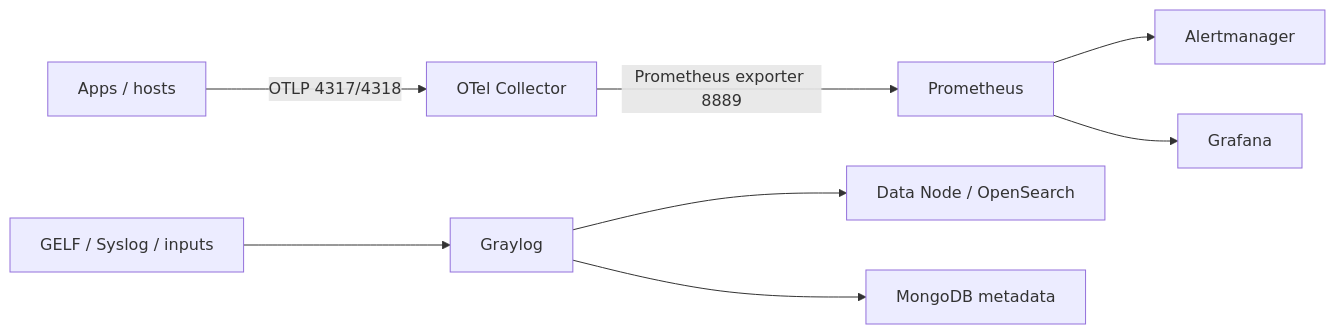
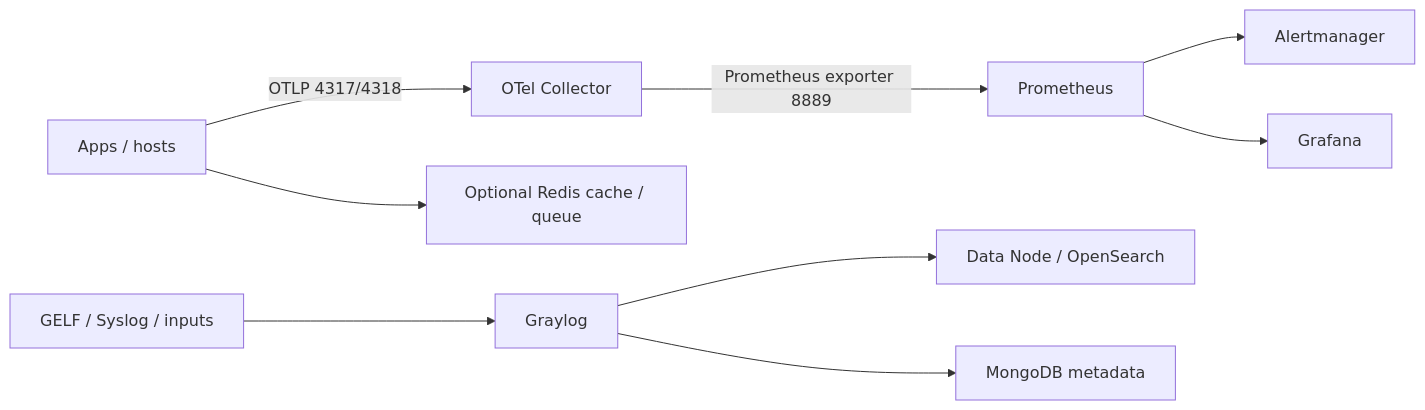
Before and after one commit to Yunushan/observeweaver: the second of 2 diagrams in README.md, drawn with Mermaid. The commit also changed other lines of this file and 38 other files, not shown here.

````diff
--- a/README.md
+++ b/README.md
@@ -199,10 +205,11 @@
 ```mermaid
 flowchart LR
     Apps["Apps / hosts"] -->|OTLP 4317/4318| OTel["OTel Collector"]
     OTel -->|Prometheus exporter 8889| Prom["Prometheus"]
     Prom --> Alerts["Alertmanager"]
     Prom --> Grafana["Grafana"]
     Sources["GELF / Syslog / inputs"] --> Graylog["Graylog"]
     Graylog --> Search["Data Node / OpenSearch"]
     Graylog --> Mongo["MongoDB metadata"]
+    Apps --> Redis["Optional Redis cache / queue"]
 ```
````
